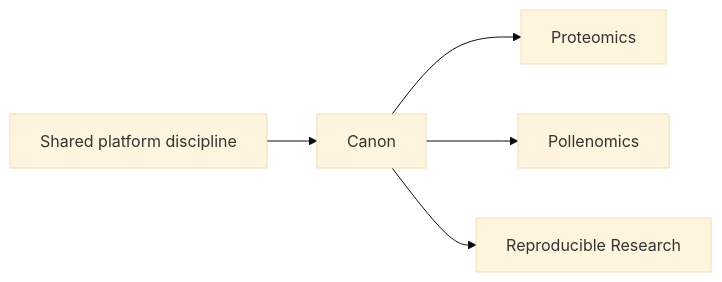
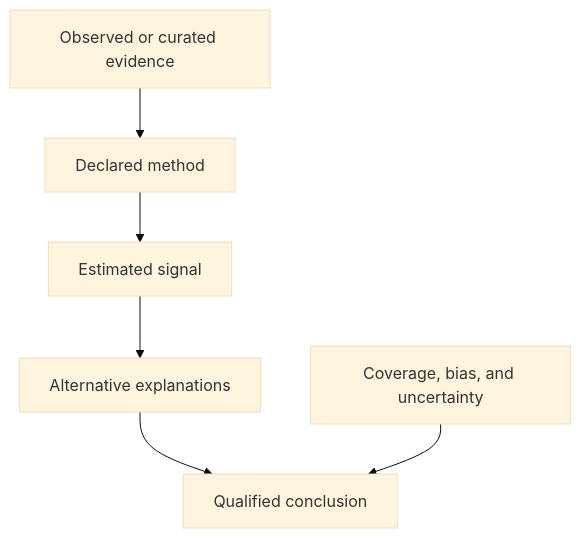
The second of 2 diagrams in docs/01-platform/applied-domains/index.md (bijux/bijux.github.io), drawn with Mermaid (base theme) before and after one commit. The commit also changed other lines of this file and 1 other file, not shown here.

Commit message:
docs(evidence): connect engineering qualities to scientific curation

````diff
--- a/docs/01-platform/applied-domains/index.md
+++ b/docs/01-platform/applied-domains/index.md
@@ -22,7 +72,8 @@
 ```mermaid
-graph LR
-    foundations["Shared platform discipline"] --> canon["Canon"]
-    canon --> proteomics["Proteomics"]
-    canon --> pollenomics["Pollenomics"]
-    canon --> learning["Reproducible Research"]
+flowchart TD
+    observation["Observed or curated evidence"] --> method["Declared method"]
+    method --> signal["Estimated signal"]
+    signal --> alternatives["Alternative explanations"]
+    alternatives --> conclusion["Qualified conclusion"]
+    uncertainty["Coverage, bias, and uncertainty"] --> conclusion
 ```
````
